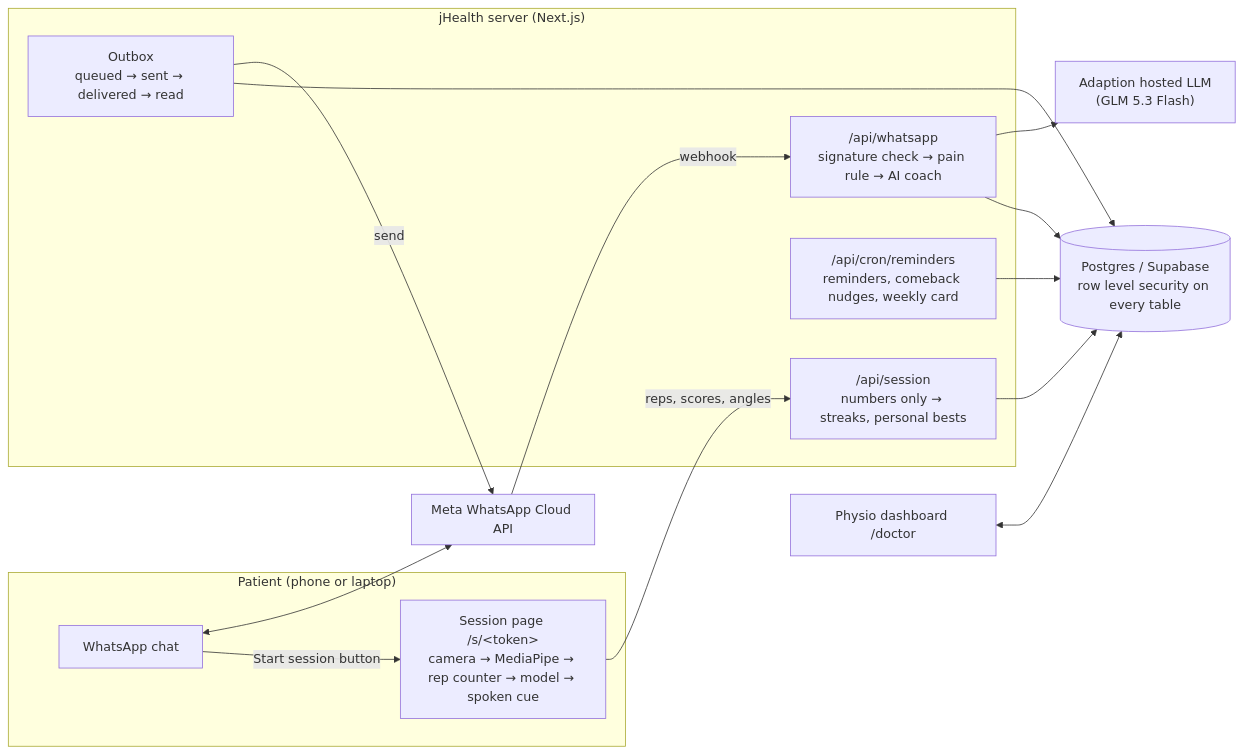
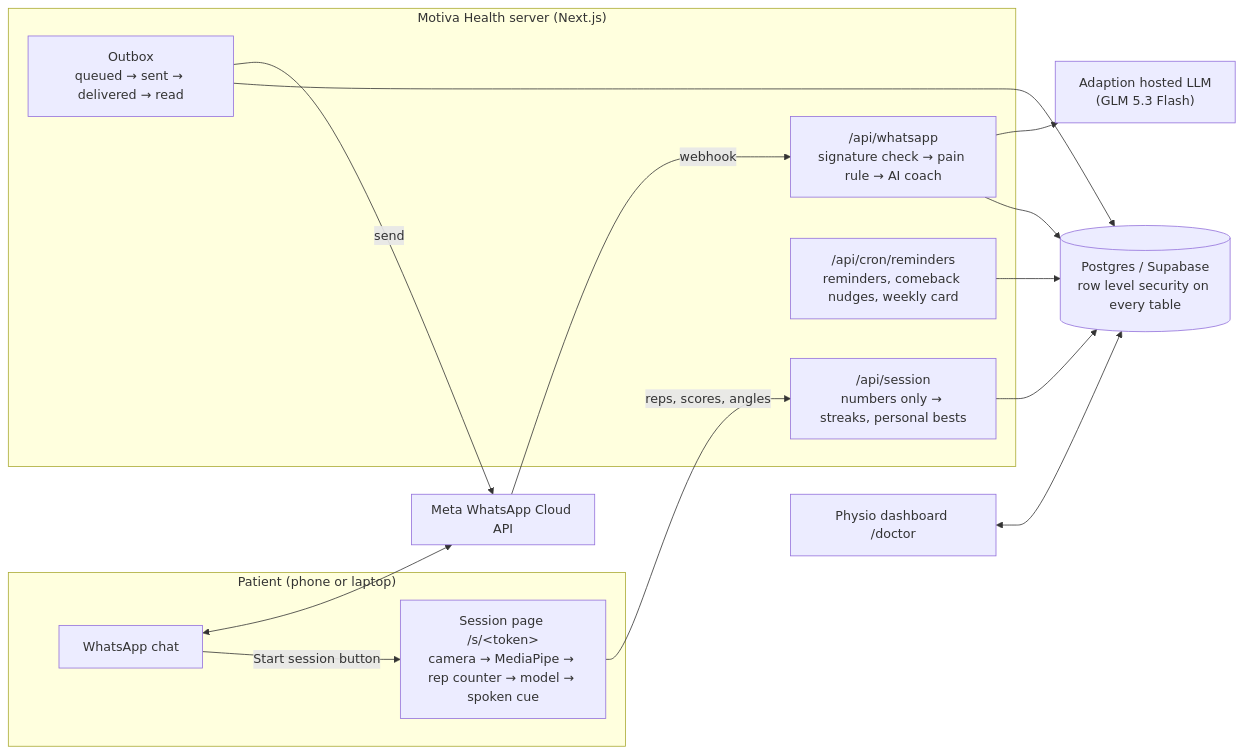
Before and after one commit to dbronnikov07/jhealth: the diagram in docs/SYSTEM_DESIGN.md, drawn with Mermaid. The commit also changed other lines of this file and 41 other files, not shown here.

First line of the commit message:
Motiva Health: new name and logo; the coach's voice runs on our own server

````diff
--- a/docs/SYSTEM_DESIGN.md
+++ b/docs/SYSTEM_DESIGN.md
@@ -11,30 +11,30 @@
 ```mermaid
 flowchart LR
   subgraph Patient["Patient (phone or laptop)"]
     WA["WhatsApp chat"]
     S["Session page /s/&lt;token&gt;<br/>camera → MediaPipe → rep counter → model → spoken cue"]
   end
   subgraph Meta["Meta WhatsApp Cloud API"]
   end
-  subgraph Server["jHealth server (Next.js)"]
+  subgraph Server["Motiva Health server (Next.js)"]
     WH["/api/whatsapp<br/>signature check → pain rule → AI coach"]
     SE["/api/session<br/>numbers only → streaks, personal bests"]
     CR["/api/cron/reminders<br/>reminders, comeback nudges, weekly card"]
     OB["Outbox<br/>queued → sent → delivered → read"]
   end
   DB[("Postgres / Supabase<br/>row level security on every table")]
   AI["Adaption hosted LLM<br/>(GLM 5.3 Flash)"]
   D["Physio dashboard /doctor"]
 
   WA <--> Meta
   Meta -- webhook --> WH
   OB -- send --> Meta
   WA -- "Start session button" --> S
   S -- "reps, scores, angles" --> SE
   WH --> AI
   WH --> DB
   SE --> DB
   CR --> DB
   OB --> DB
   D <--> DB
 ```
````
